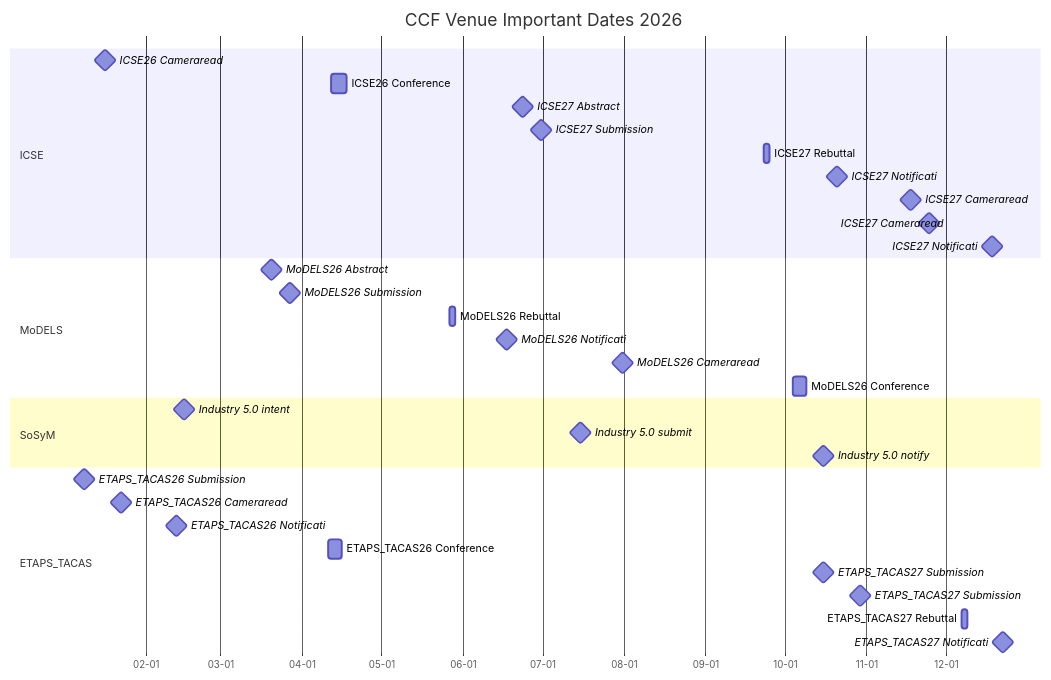
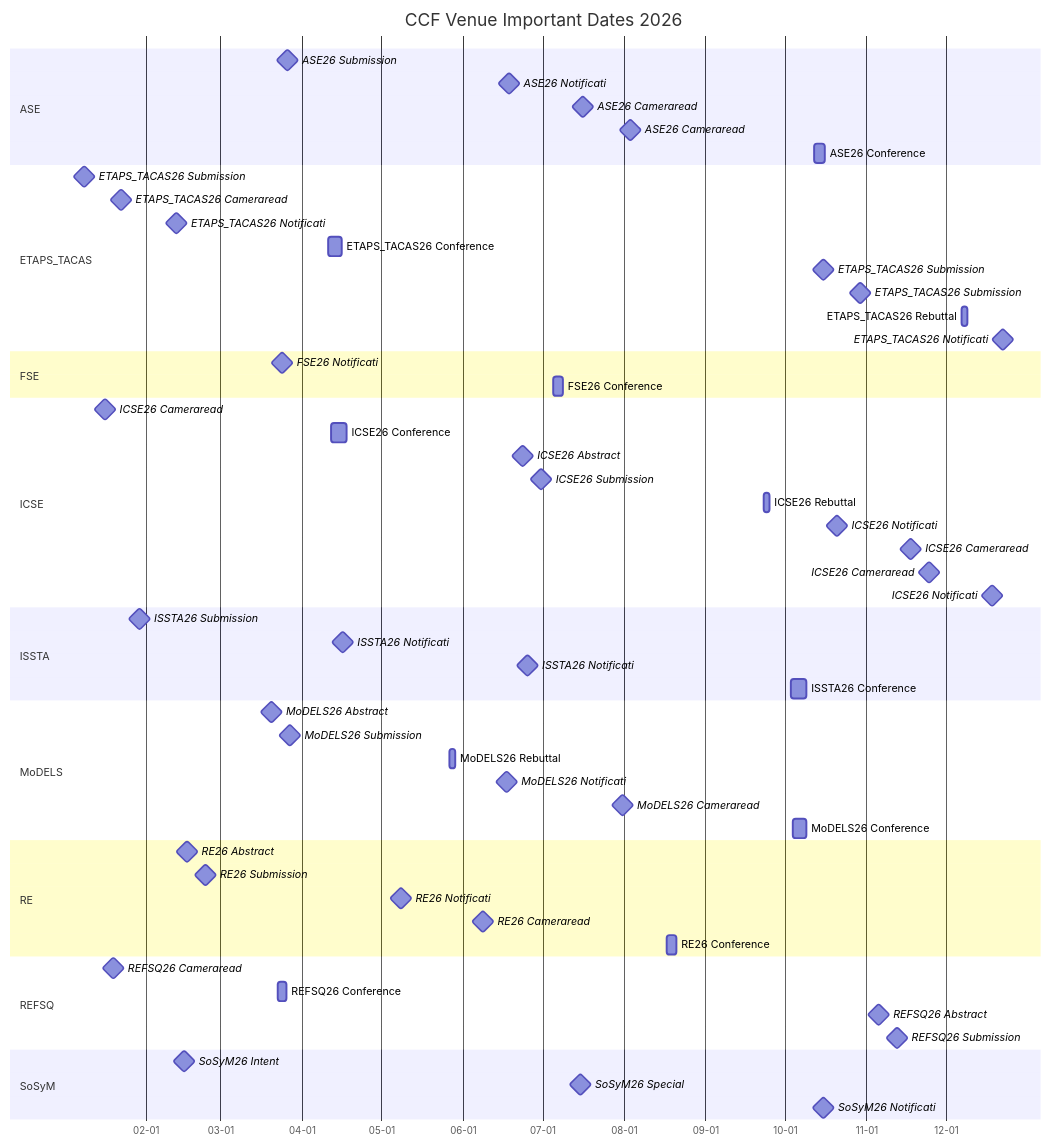
The third of 9 diagrams in ccf_venues/TIMELINE.md (HansBug/research_ideas), drawn with Mermaid before and after one commit. The commit also changed other lines of this file and 42 other files, not shown here.

````diff
--- a/ccf_venues/TIMELINE.md
+++ b/ccf_venues/TIMELINE.md
@@ -163,41 +197,71 @@
 ```mermaid
 gantt
   title CCF Venue Important Dates 2026
   dateFormat YYYY-MM-DD
   axisFormat %m-%d
 
+  section ASE
+  ASE26 Submission :milestone, ase_2026_1_20260326, 2026-03-26, 1d
+  ASE26 Notificati :milestone, ase_2026_2_20260618, 2026-06-18, 1d
+  ASE26 Cameraread :milestone, ase_2026_3_20260716, 2026-07-16, 1d
+  ASE26 Cameraread :milestone, ase_2026_4_20260803, 2026-08-03, 1d
+  ASE26 Conference :ase_2026_5_20261012, 2026-10-12, 2026-10-16
+
+  section ETAPS_TACAS
+  ETAPS_TACAS26 Submission :milestone, etaps_tacas_2026_1_20260108, 2026-01-08, 1d
+  ETAPS_TACAS26 Cameraread :milestone, etaps_tacas_2026_2_20260122, 2026-01-22, 1d
+  ETAPS_TACAS26 Notificati :milestone, etaps_tacas_2026_3_20260212, 2026-02-12, 1d
+  ETAPS_TACAS26 Conference :etaps_tacas_2026_4_20260411, 2026-04-11, 2026-04-16
+  ETAPS_TACAS26 Submission :milestone, etaps_tacas_2026_5_20261015, 2026-10-15, 1d
+  ETAPS_TACAS26 Submission :milestone, etaps_tacas_2026_6_20261029, 2026-10-29, 1d
+  ETAPS_TACAS26 Rebuttal :etaps_tacas_2026_7_20261207, 2026-12-07, 2026-12-09
+  ETAPS_TACAS26 Notificati :milestone, etaps_tacas_2026_8_20261222, 2026-12-22, 1d
+
+  section FSE
+  FSE26 Notificati :milestone, fse_2026_1_20260324, 2026-03-24, 1d
+  FSE26 Conference :fse_2026_2_20260705, 2026-07-05, 2026-07-09
+
   section ICSE
-  ICSE26 Cameraread :milestone, icse2026_1_20260116, 2026-01-16, 1d
-  ICSE26 Conference :icse2026_2_20260412, 2026-04-12, 2026-04-18
-  ICSE27 Abstract :milestone, icse2027_3_20260623, 2026-06-23, 1d
-  ICSE27 Submission :milestone, icse2027_4_20260630, 2026-06-30, 1d
-  ICSE27 Rebuttal :icse2027_5_20260923, 2026-09-23, 2026-09-25
-  ICSE27 Notificati :milestone, icse2027_6_20261020, 2026-10-20, 1d
-  ICSE27 Cameraread :milestone, icse2027_7_20261117, 2026-11-17, 1d
-  ICSE27 Cameraread :milestone, icse2027_8_20261124, 2026-11-24, 1d
-  ICSE27 Notificati :milestone, icse2027_9_20261218, 2026-12-18, 1d
+  ICSE26 Cameraread :milestone, icse_2026_1_20260116, 2026-01-16, 1d
+  ICSE26 Conference :icse_2026_2_20260412, 2026-04-12, 2026-04-18
+  ICSE26 Abstract :milestone, icse_2026_3_20260623, 2026-06-23, 1d
+  ICSE26 Submission :milestone, icse_2026_4_20260630, 2026-06-30, 1d
+  ICSE26 Rebuttal :icse_2026_5_20260923, 2026-09-23, 2026-09-25
+  ICSE26 Notificati :milestone, icse_2026_6_20261020, 2026-10-20, 1d
+  ICSE26 Cameraread :milestone, icse_2026_7_20261117, 2026-11-17, 1d
+  ICSE26 Cameraread :milestone, icse_2026_8_20261124, 2026-11-24, 1d
+  ICSE26 Notificati :milestone, icse_2026_9_20261218, 2026-12-18, 1d
+
+  section ISSTA
+  ISSTA26 Submission :milestone, issta_2026_1_20260129, 2026-01-29, 1d
+  ISSTA26 Notificati :milestone, issta_2026_2_20260416, 2026-04-16, 1d
+  ISSTA26 Notificati :milestone, issta_2026_3_20260625, 2026-06-25, 1d
+  ISSTA26 Conference :issta_2026_4_20261003, 2026-10-03, 2026-10-09
 
   section MoDELS
-  MoDELS26 Abstract :milestone, models2026_1_20260320, 2026-03-20, 1d
-  MoDELS26 Submission :milestone, models2026_2_20260327, 2026-03-27, 1d
-  MoDELS26 Rebuttal :models2026_3_20260527, 2026-05-27, 2026-05-29
-  MoDELS26 Notificati :milestone, models2026_4_20260617, 2026-06-17, 1d
-  MoDELS26 Cameraread :milestone, models2026_5_20260731, 2026-07-31, 1d
-  MoDELS26 Conference :models2026_6_20261004, 2026-10-04, 2026-10-09
+  MoDELS26 Abstract :milestone, models_2026_1_20260320, 2026-03-20, 1d
+  MoDELS26 Submission :milestone, models_2026_2_20260327, 2026-03-27, 1d
+  MoDELS26 Rebuttal :models_2026_3_20260527, 2026-05-27, 2026-05-29
+  MoDELS26 Notificati :milestone, models_2026_4_20260617, 2026-06-17, 1d
+  MoDELS26 Cameraread :milestone, models_2026_5_20260731, 2026-07-31, 1d
+  MoDELS26 Conference :models_2026_6_20261004, 2026-10-04, 2026-10-09
+
+  section RE
+  RE26 Abstract :milestone, re_2026_1_20260216, 2026-02-16, 1d
+  RE26 Submission :milestone, re_2026_2_20260223, 2026-02-23, 1d
+  RE26 Notificati :milestone, re_2026_3_20260508, 2026-05-08, 1d
+  RE26 Cameraread :milestone, re_2026_4_20260608, 2026-06-08, 1d
+  RE26 Conference :re_2026_5_20260817, 2026-08-17, 2026-08-21
+
+  section REFSQ
+  REFSQ26 Cameraread :milestone, refsq_2026_1_20260119, 2026-01-19, 1d
+  REFSQ26 Conference :refsq_2026_2_20260323, 2026-03-23, 2026-03-26
+  REFSQ26 Abstract :milestone, refsq_2026_3_20261105, 2026-11-05, 1d
+  REFSQ26 Submission :milestone, refsq_2026_4_20261112, 2026-11-12, 1d
 
   section SoSyM
-  Industry 5.0 intent :milestone, sosym_industry_intent, 2026-02-15, 1d
-  Industry 5.0 submit :milestone, sosym_industry_submit, 2026-07-15, 1d
-  Industry 5.0 notify :milestone, sosym_industry_notify, 2026-10-15, 1d
-
-  section ETAPS_TACAS
-  ETAPS_TACAS26 Submission :milestone, etaps2026_1_20260108, 2026-01-08, 1d
-  ETAPS_TACAS26 Cameraread :milestone, etaps2026_2_20260122, 2026-01-22, 1d
-  ETAPS_TACAS26 Notificati :milestone, etaps2026_3_20260212, 2026-02-12, 1d
-  ETAPS_TACAS26 Conference :etaps2026_4_20260411, 2026-04-11, 2026-04-16
-  ETAPS_TACAS27 Submission :milestone, etaps2027_5_20261015, 2026-10-15, 1d
-  ETAPS_TACAS27 Submission :milestone, etaps2027_6_20261029, 2026-10-29, 1d
-  ETAPS_TACAS27 Rebuttal :etaps2027_7_20261207, 2026-12-07, 2026-12-09
-  ETAPS_TACAS27 Notificati :milestone, etaps2027_8_20261222, 2026-12-22, 1d
+  SoSyM26 Intent :milestone, sosym_2026_1_20260215, 2026-02-15, 1d
+  SoSyM26 Special :milestone, sosym_2026_2_20260715, 2026-07-15, 1d
+  SoSyM26 Notificati :milestone, sosym_2026_3_20261015, 2026-10-15, 1d
 
 ```
````
